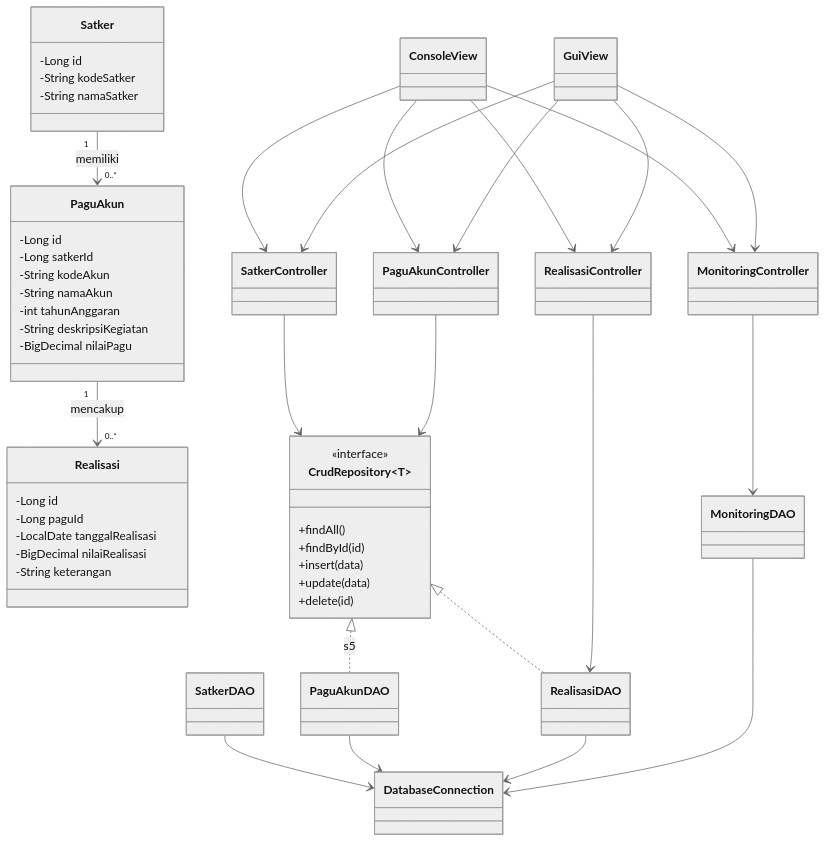
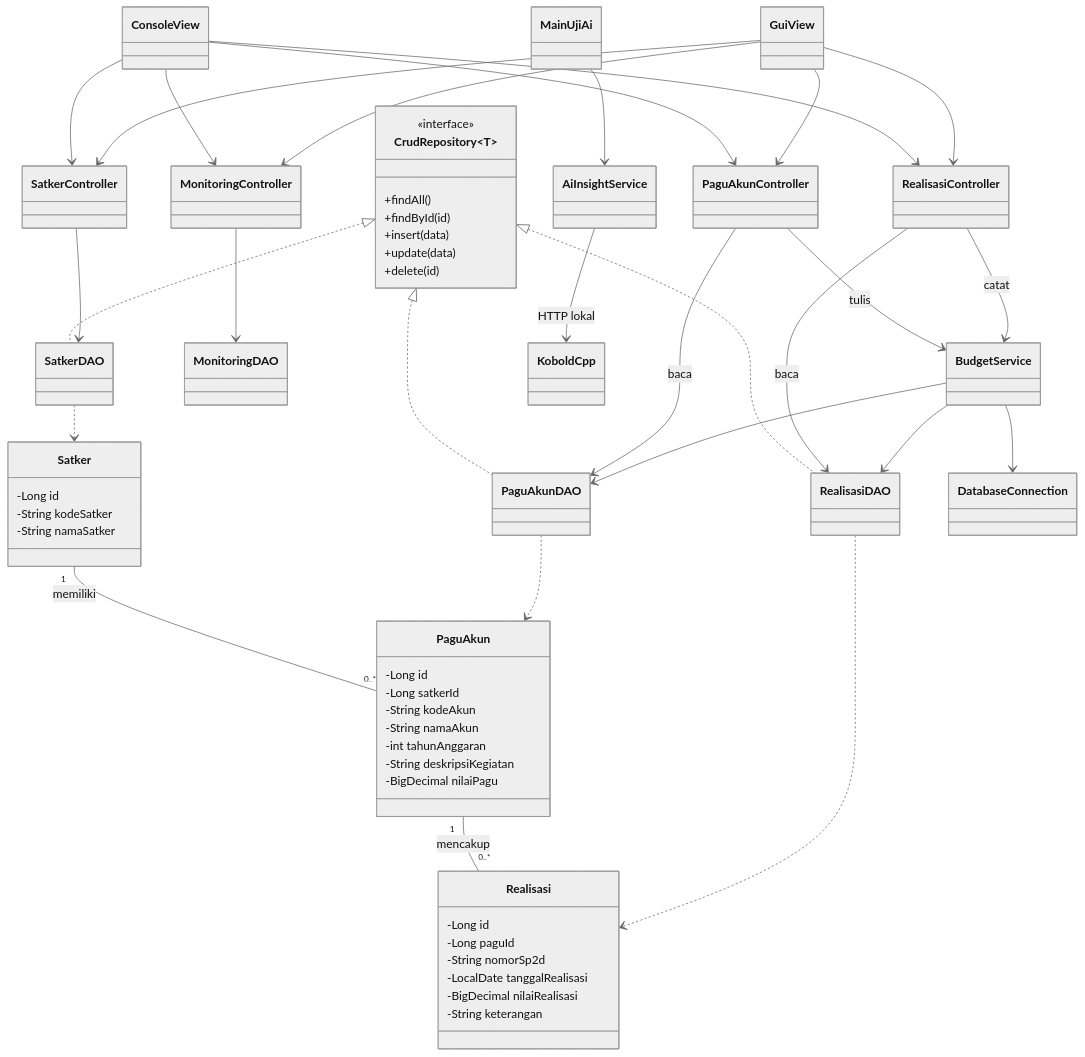
Before and after one commit to athfi/pjj_java_monitoring-realisasi-anggaran-satker: the first of 2 diagrams in SDD.md, drawn with Mermaid (neutral theme). The commit also changed other lines of this file and 13 other files, not shown here.

Commit message:
Add local KoboldCpp chat, readable test results, and concise grading docs

````diff
--- a/SDD.md
+++ b/SDD.md
@@ -188,75 +145,77 @@
 ```mermaid
 classDiagram
+    direction TB
     class Satker {
         -Long id
         -String kodeSatker
         -String namaSatker
     }
-
     class PaguAkun {
         -Long id
         -Long satkerId
         -String kodeAkun
         -String namaAkun
         -int tahunAnggaran
         -String deskripsiKegiatan
         -BigDecimal nilaiPagu
     }
-
     class Realisasi {
         -Long id
         -Long paguId
+        -String nomorSp2d
         -LocalDate tanggalRealisasi
         -BigDecimal nilaiRealisasi
         -String keterangan
     }
-
     class CrudRepository~T~ {
         <<interface>>
         +findAll()
         +findById(id)
         +insert(data)
         +update(data)
         +delete(id)
     }
-
     class SatkerDAO
     class PaguAkunDAO
     class RealisasiDAO
     class MonitoringDAO
-
     class SatkerController
     class PaguAkunController
     class RealisasiController
     class MonitoringController
-
+    class BudgetService
+    class DatabaseConnection
     class ConsoleView
     class GuiView
-    class DatabaseConnection
+    class MainUjiAi
+    class AiInsightService
+    class KoboldCpp
 
-    Satker "1" --> "0..*" PaguAkun : memiliki
-    PaguAkun "1" --> "0..*" Realisasi : mencakup
-
-    CrudRepository~T~ <|.. PaguAkunDAO : s5
-    CrudRepository~T~ <|.. RealisasiDAO
-
-    SatkerController --> CrudRepository~T~
-    PaguAkunController --> CrudRepository~T~
-    RealisasiController --> RealisasiDAO
-    MonitoringController --> MonitoringDAO
-
-    SatkerDAO --> DatabaseConnection
-    PaguAkunDAO --> DatabaseConnection
-    RealisasiDAO --> DatabaseConnection
-    MonitoringDAO --> DatabaseConnection
-
+    Satker "1" -- "0..*" PaguAkun : memiliki
+    PaguAkun "1" -- "0..*" Realisasi : mencakup
+    CrudRepository <|.. SatkerDAO
+    CrudRepository <|.. PaguAkunDAO
+    CrudRepository <|.. RealisasiDAO
     ConsoleView --> SatkerController
     ConsoleView --> PaguAkunController
     ConsoleView --> RealisasiController
     ConsoleView --> MonitoringController
-
     GuiView --> SatkerController
     GuiView --> PaguAkunController
     GuiView --> RealisasiController
     GuiView --> MonitoringController
+    SatkerController --> SatkerDAO
+    PaguAkunController --> PaguAkunDAO : baca
+    PaguAkunController --> BudgetService : tulis
+    RealisasiController --> RealisasiDAO : baca
+    RealisasiController --> BudgetService : catat
+    MonitoringController --> MonitoringDAO
+    BudgetService --> PaguAkunDAO
+    BudgetService --> RealisasiDAO
+    BudgetService --> DatabaseConnection
+    SatkerDAO ..> Satker
+    PaguAkunDAO ..> PaguAkun
+    RealisasiDAO ..> Realisasi
+    MainUjiAi --> AiInsightService
+    AiInsightService --> KoboldCpp : HTTP lokal
 ```
````
